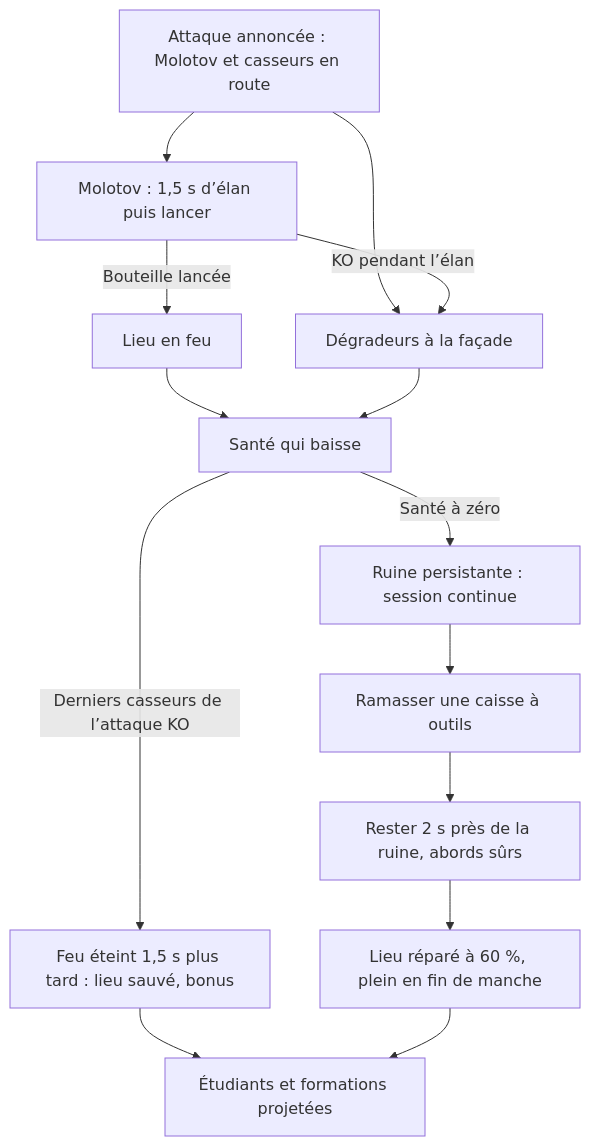
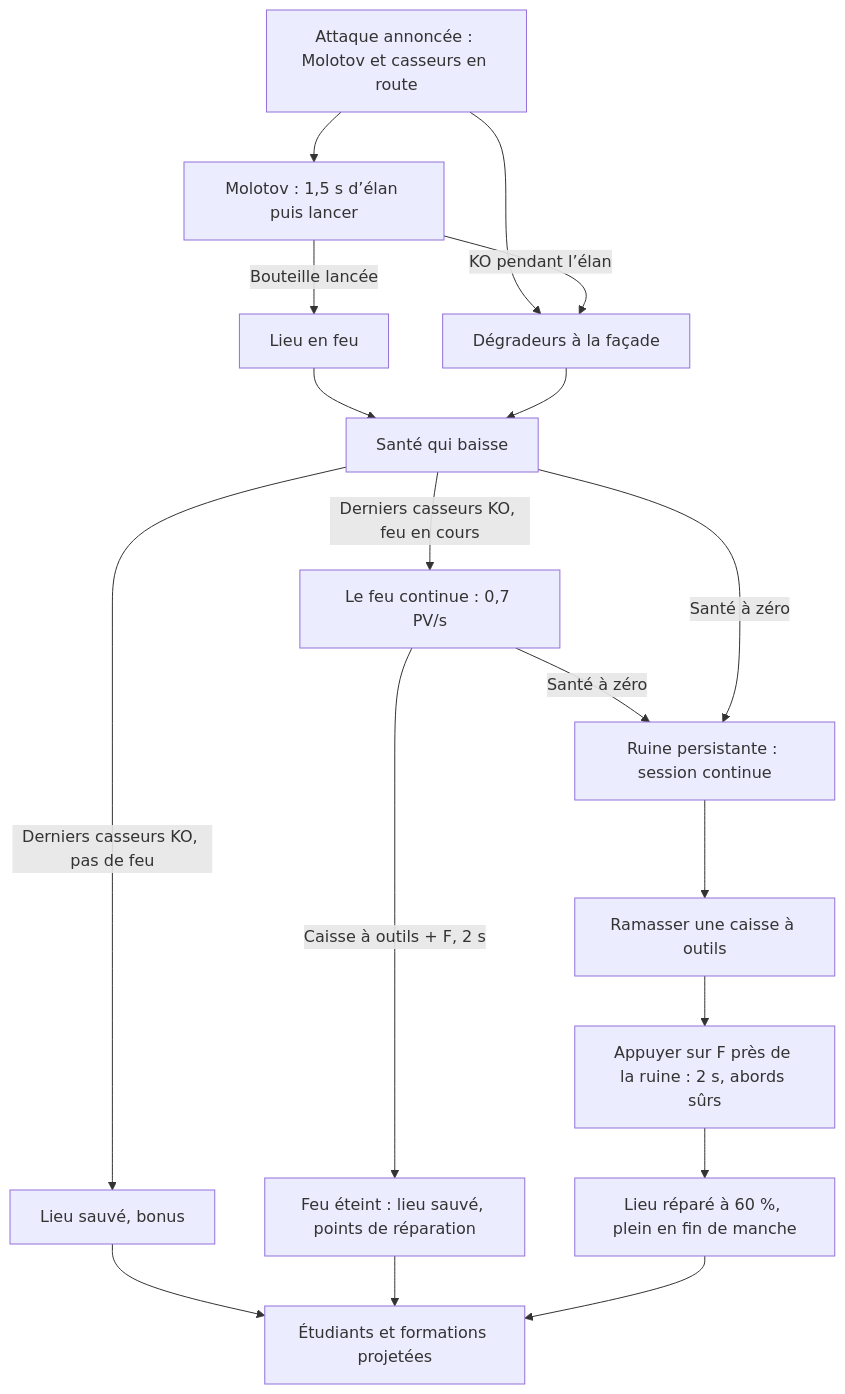
The second of 2 diagrams in docs/CAHIER_DES_CHARGES.md (thlaure/BreakBreaker), drawn with Mermaid before and after one commit. The commit also changed other lines of this file and 1 other file, not shown here.

````diff
--- a/docs/CAHIER_DES_CHARGES.md
+++ b/docs/CAHIER_DES_CHARGES.md
@@ -409,16 +410,20 @@
 ```mermaid
 flowchart TD
   A[Attaque annoncée : Molotov et casseurs en route] --> B[Molotov : 1,5 s d’élan puis lancer]
   A --> C[Dégradeurs à la façade]
   B -->|KO pendant l’élan| C
   B -->|Bouteille lancée| D[Lieu en feu]
   D --> E[Santé qui baisse]
   C --> E
-  E -->|Derniers casseurs de l’attaque KO| F[Feu éteint 1,5 s plus tard : lieu sauvé, bonus]
+  E -->|Derniers casseurs KO, pas de feu| F[Lieu sauvé, bonus]
+  E -->|Derniers casseurs KO, feu en cours| S[Le feu continue : 0,7 PV/s]
+  S -->|Caisse à outils + F, 2 s| F2[Feu éteint : lieu sauvé, points de réparation]
+  S -->|Santé à zéro| G
   E -->|Santé à zéro| G[Ruine persistante : session continue]
   G --> H[Ramasser une caisse à outils]
-  H --> I[Rester 2 s près de la ruine, abords sûrs]
+  H --> I[Appuyer sur F près de la ruine : 2 s, abords sûrs]
   I --> J[Lieu réparé à 60 %, plein en fin de manche]
   F --> K[Étudiants et formations projetées]
+  F2 --> K
   J --> K
 ```
````
